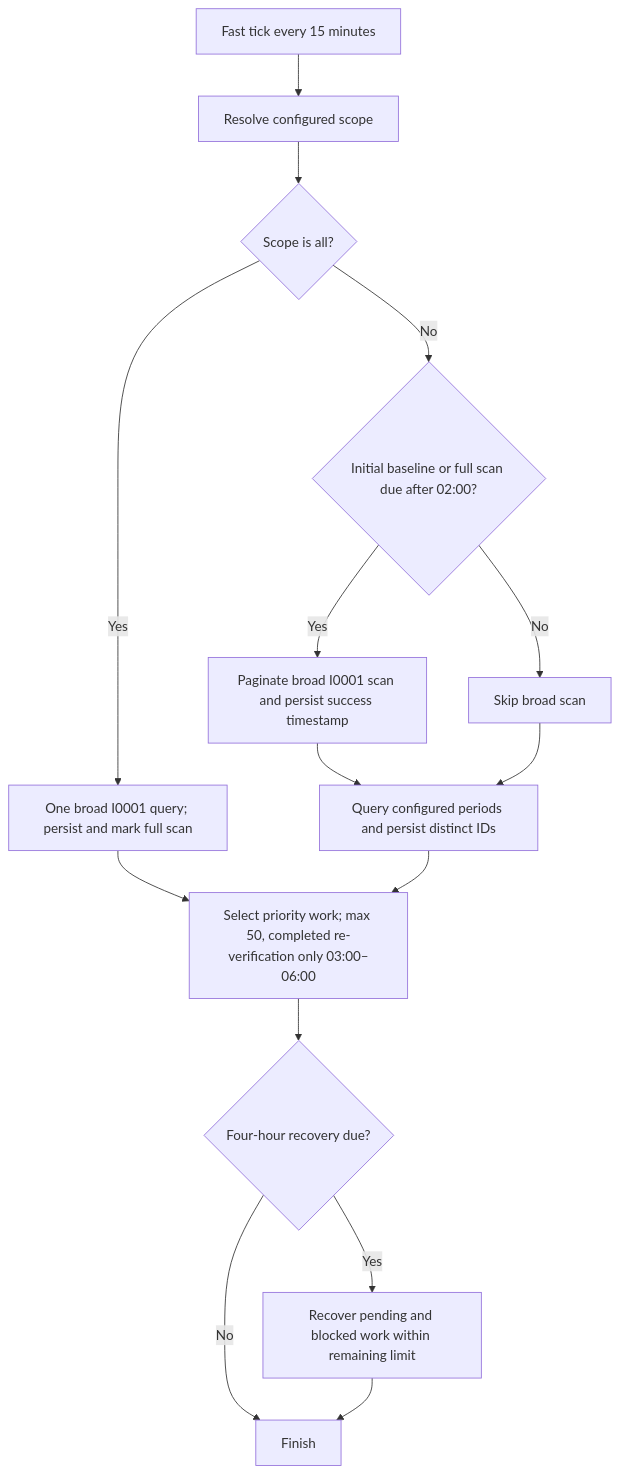
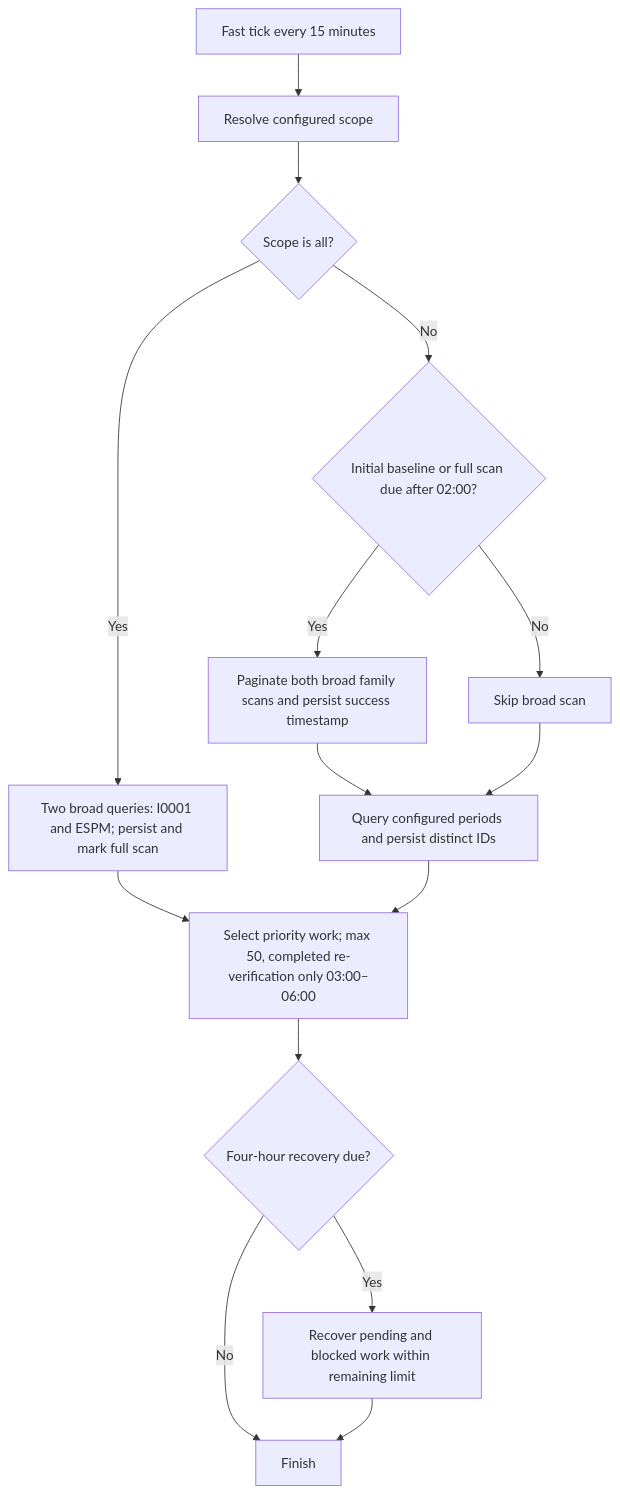
One commit to lmssandbox-dev/section-association-fix changed the diagram in TECHNICAL.md. Above: the diagram before and after it, drawn with Mermaid. The commit also changed other lines of this file and 11 other files, not shown here.

````diff
--- a/TECHNICAL.md
+++ b/TECHNICAL.md
@@ -53,17 +54,17 @@
 ```mermaid
 flowchart TD
   A[Fast tick every 15 minutes] --> B[Resolve configured scope]
   B --> C{Scope is all?}
-  C -- Yes --> D[One broad I0001 query; persist and mark full scan]
+  C -- Yes --> D[Two broad queries: I0001 and ESPM; persist and mark full scan]
   C -- No --> E{Initial baseline or full scan due after 02:00?}
-  E -- Yes --> F[Paginate broad I0001 scan and persist success timestamp]
+  E -- Yes --> F[Paginate both broad family scans and persist success timestamp]
   E -- No --> G[Skip broad scan]
   F --> H[Query configured periods and persist distinct IDs]
   G --> H
   D --> I[Select priority work; max 50, completed re-verification only 03:00–06:00]
   H --> I
   I --> J{Four-hour recovery due?}
   J -- Yes --> K[Recover pending and blocked work within remaining limit]
   J -- No --> L[Finish]
   K --> L
 ```
````
